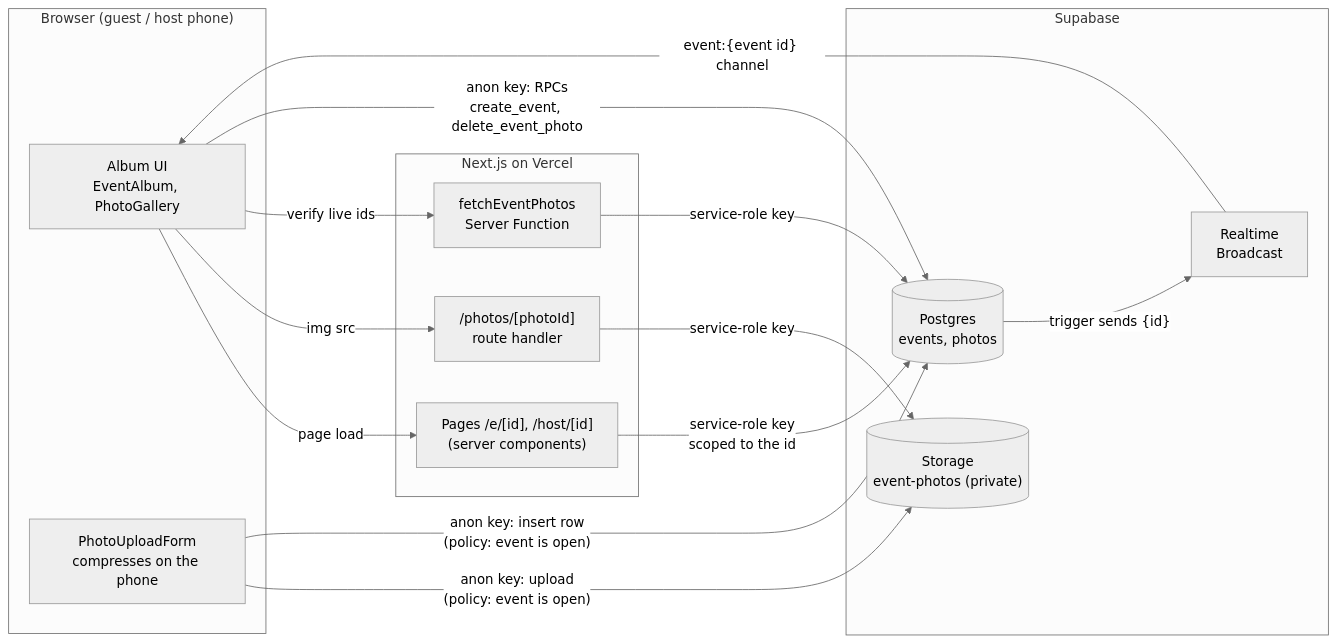
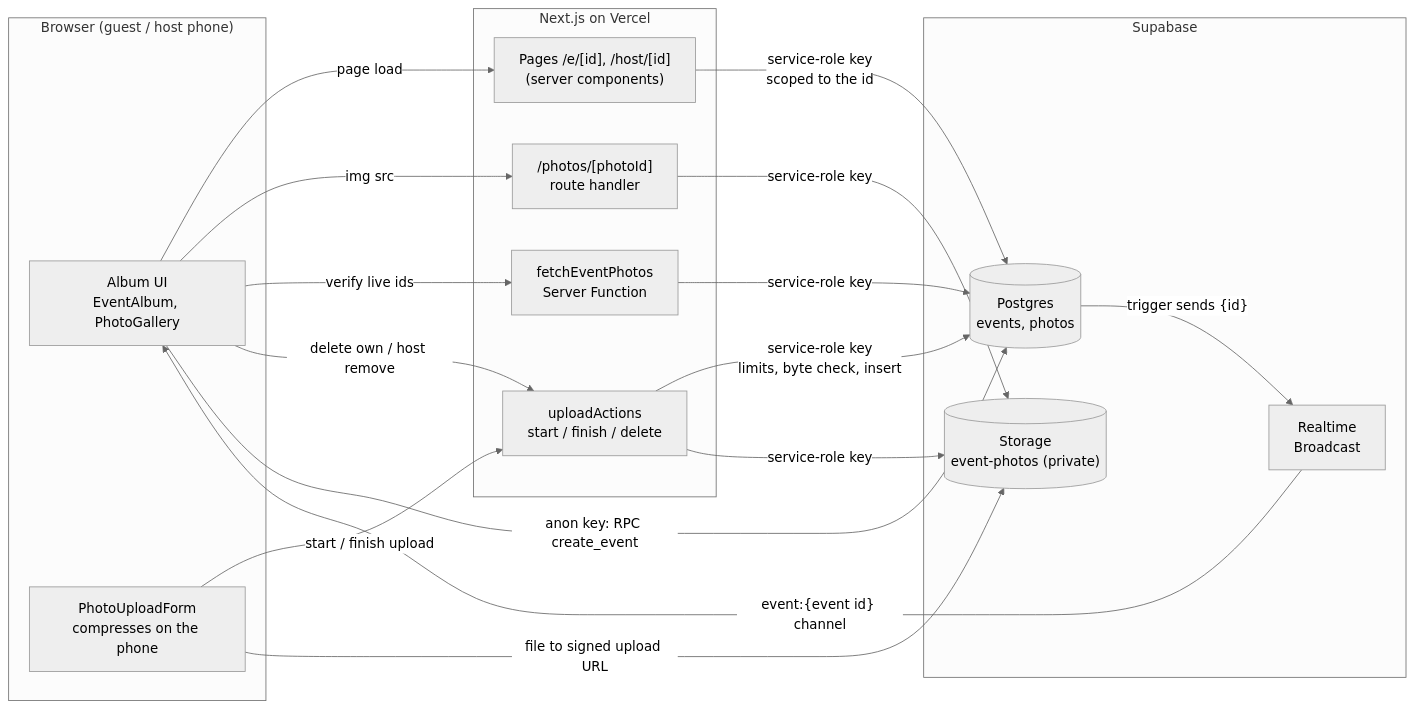
Before and after one commit to ebraheemfataar/event-photos-app: the first of 8 diagrams in docs/FLOWS.md, drawn with Mermaid (neutral theme). The commit also changed other lines of this file and 17 other files, not shown here.

First line of the commit message:
Phase 2c: server-checked uploads, rate limits, guests delete their own

````diff
--- a/docs/FLOWS.md
+++ b/docs/FLOWS.md
@@ -25,33 +25,37 @@
 ```mermaid
 flowchart LR
     subgraph Browser["Browser (guest / host phone)"]
         UI["Album UI<br/>EventAlbum, PhotoGallery"]
         UP["PhotoUploadForm<br/>compresses on the phone"]
     end
 
     subgraph Vercel["Next.js on Vercel"]
         Pages["Pages /e/[id], /host/[id]<br/>(server components)"]
         PhotoRoute["/photos/[photoId]<br/>route handler"]
         Action["fetchEventPhotos<br/>Server Function"]
+        UploadFn["uploadActions<br/>start / finish / delete"]
     end
 
     subgraph Supabase
         DB[("Postgres<br/>events, photos")]
         Bucket[("Storage<br/>event-photos (private)")]
         RT["Realtime<br/>Broadcast"]
     end
 
     UI -- "page load" --> Pages
     UI -- "img src" --> PhotoRoute
     UI -- "verify live ids" --> Action
     Pages -- "service-role key<br/>scoped to the id" --> DB
     PhotoRoute -- "service-role key" --> Bucket
     Action -- "service-role key" --> DB
 
-    UP -- "anon key: upload<br/>(policy: event is open)" --> Bucket
-    UP -- "anon key: insert row<br/>(policy: event is open)" --> DB
-    UI -- "anon key: RPCs<br/>create_event, delete_event_photo" --> DB
+    UP -- "start / finish upload" --> UploadFn
+    UP -- "file to signed upload URL" --> Bucket
+    UI -- "delete own / host remove" --> UploadFn
+    UploadFn -- "service-role key<br/>limits, byte check, insert" --> DB
+    UploadFn -- "service-role key" --> Bucket
+    UI -- "anon key: RPC create_event" --> DB
 
     DB -- "trigger sends {id}" --> RT
     RT -- "event:{event id} channel" --> UI
 ```
````
